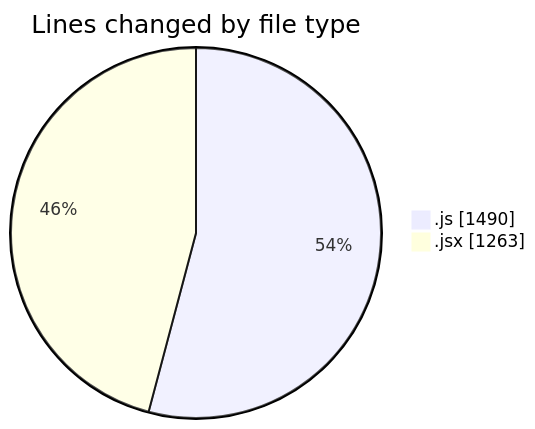
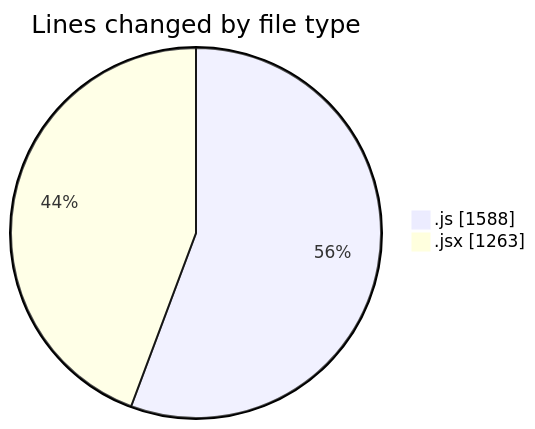
Before and after one commit to nxtqubesakshisongat/code-tracking: the first of 2 diagrams in 2026-01-15/nxtqube_webapp/README.md, drawn with Mermaid. The commit also changed other lines of this file and 1 other file, not shown here.

````diff
--- a/2026-01-15/nxtqube_webapp/README.md
+++ b/2026-01-15/nxtqube_webapp/README.md
@@ -23,6 +24,6 @@
 ```mermaid
 pie showData
 title Lines changed by file type
-".js" : 1490
+".js" : 1588
 ".jsx" : 1263
 ```
````
